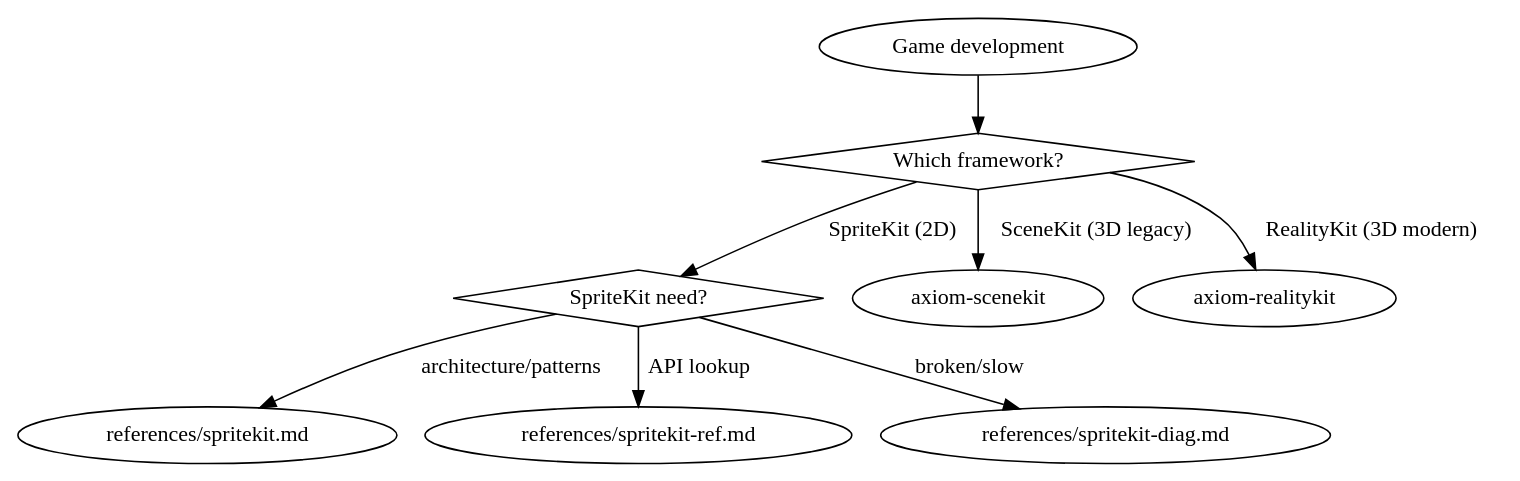
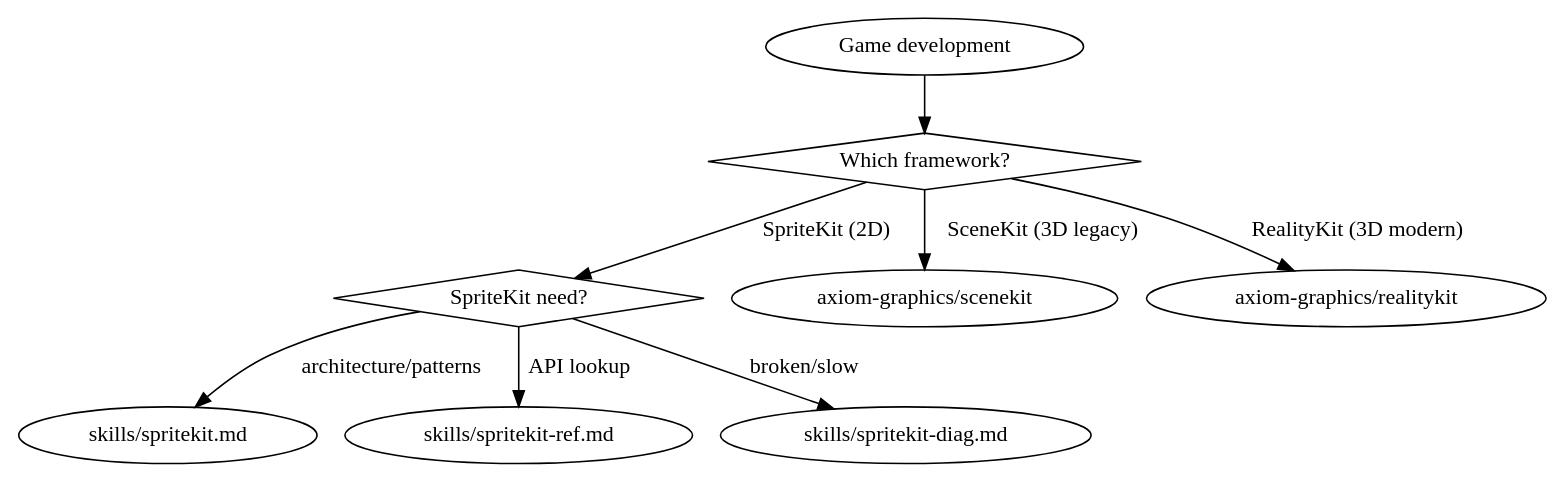
One commit to CharlesWiltgen/Axiom changed the diagram in axiom-codex/skills/axiom-games/SKILL.md. Above: the diagram before and after it, drawn with Graphviz. The commit also changed other lines of this file and 492 other files, not shown here.

````diff
--- a/axiom-codex/skills/axiom-games/SKILL.md
+++ b/axiom-codex/skills/axiom-games/SKILL.md
@@ -46,16 +46,16 @@
 ```dot
 digraph games {
     start [label="Game development" shape=ellipse];
     what [label="Which framework?" shape=diamond];
     sprite_what [label="SpriteKit need?" shape=diamond];
 
     start -> what;
     what -> sprite_what [label="SpriteKit (2D)"];
-    what -> "axiom-scenekit" [label="SceneKit (3D legacy)"];
-    what -> "axiom-realitykit" [label="RealityKit (3D modern)"];
+    what -> "axiom-graphics/scenekit" [label="SceneKit (3D legacy)"];
+    what -> "axiom-graphics/realitykit" [label="RealityKit (3D modern)"];
 
-    sprite_what -> "references/spritekit.md" [label="architecture/patterns"];
-    sprite_what -> "references/spritekit-ref.md" [label="API lookup"];
-    sprite_what -> "references/spritekit-diag.md" [label="broken/slow"];
+    sprite_what -> "skills/spritekit.md" [label="architecture/patterns"];
+    sprite_what -> "skills/spritekit-ref.md" [label="API lookup"];
+    sprite_what -> "skills/spritekit-diag.md" [label="broken/slow"];
 }
 ```
````
